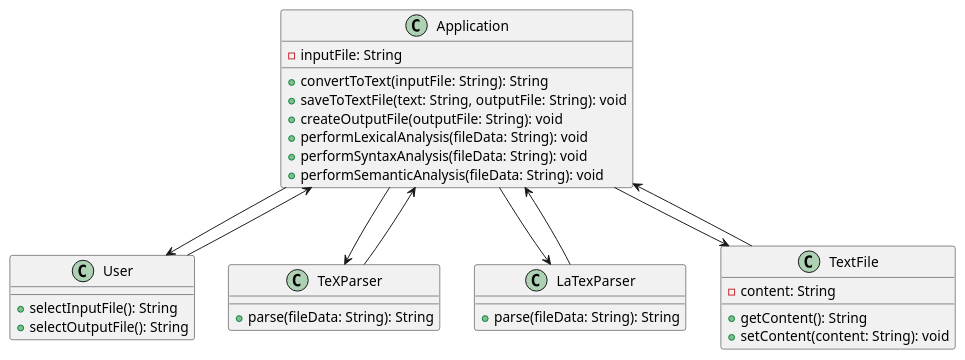
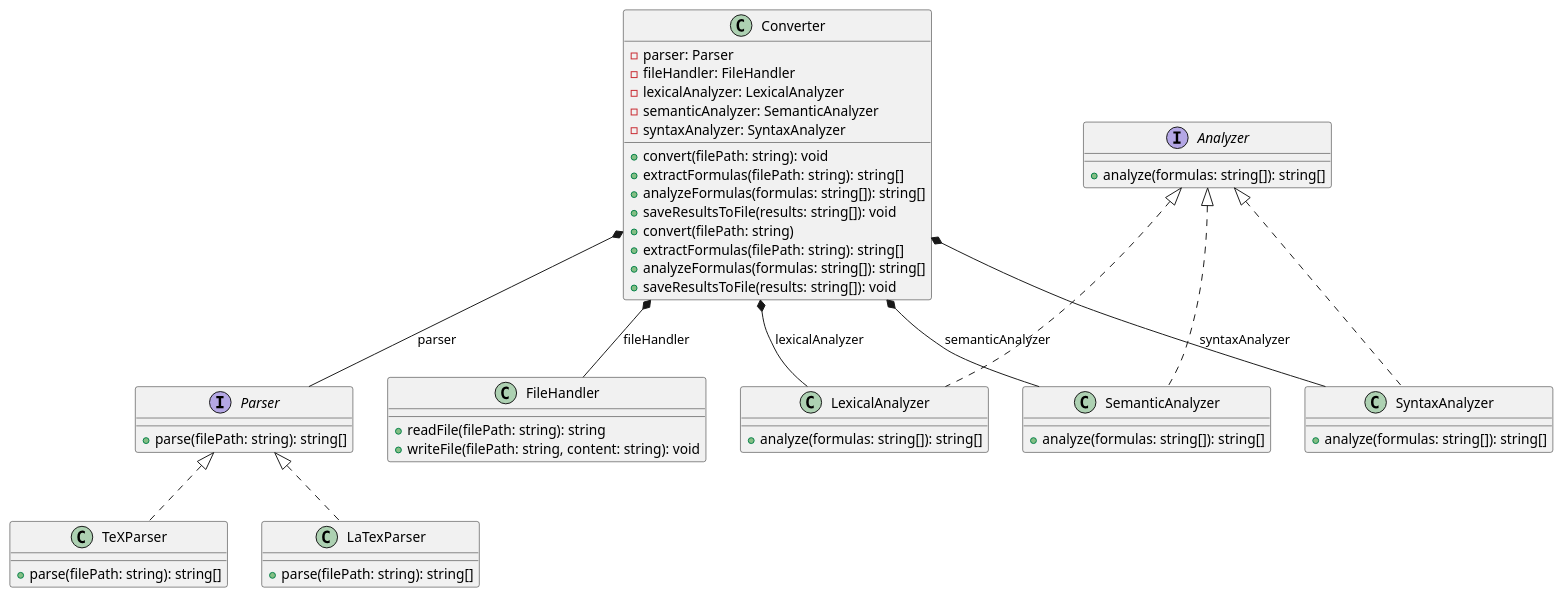
Before and after one commit to Aleksei-web-bit/Aleksei_Fitisov_methodology: the diagram in Диаграммы/Диаграмма_классов.md, drawn with PlantUML.

Commit message:
Проект 28.12.2023

```diff
--- a/Диаграммы/Диаграмма_классов.md
+++ b/Диаграммы/Диаграмма_классов.md
@@ -1,34 +1,65 @@
 @startuml
-class Application {
--inputFile: String
-+convertToText(inputFile: String): String
-+saveToTextFile(text: String, outputFile: String): void
-+createOutputFile(outputFile: String): void
-+performLexicalAnalysis(fileData: String): void
-+performSyntaxAnalysis(fileData: String): void
-+performSemanticAnalysis(fileData: String): void
+interface Parser {
+    + parse(filePath: string): string[]
 }
-class User {
-+selectInputFile(): String
-+selectOutputFile(): String
+
+interface Analyzer {
+    + analyze(formulas: string[]): string[]
 }
+
 class TeXParser {
-+parse(fileData: String): String
+    + parse(filePath: string): string[]
 }
+
 class LaTexParser {
-+parse(fileData: String): String
+    + parse(filePath: string): string[]
 }
-class TextFile {
--content: String
-+getContent(): String
-+setContent(content: String): void
+
+class FileHandler {
+    + readFile(filePath: string): string
+    + writeFile(filePath: string, content: string): void
 }
-Application --> User
-Application --> TeXParser
-Application --> LaTexParser
-Application --> TextFile
-User --> Application
-TeXParser --> Application
-LaTexParser --> Application
-TextFile --> Application
+
+class LexicalAnalyzer {
+    + analyze(formulas: string[]): string[]
+}
+
+class SemanticAnalyzer {
+    + analyze(formulas: string[]): string[]
+}
+
+class SyntaxAnalyzer {
+    + analyze(formulas: string[]): string[]
+}
+
+class Converter {
+    - parser: Parser
+    - fileHandler: FileHandler
+    - lexicalAnalyzer: LexicalAnalyzer
+    - semanticAnalyzer: SemanticAnalyzer
+    - syntaxAnalyzer: SyntaxAnalyzer
+    + convert(filePath: string): void
+    + extractFormulas(filePath: string): string[]
+    + analyzeFormulas(formulas: string[]): string[]
+    + saveResultsToFile(results: string[]): void
+}
+
+Parser <|.. TeXParser
+Parser <|.. LaTexParser
+
+Analyzer <|.. LexicalAnalyzer
+Analyzer <|.. SemanticAnalyzer
+Analyzer <|.. SyntaxAnalyzer
+
+Converter *-- Parser : parser
+Converter *-- FileHandler : fileHandler
+Converter *-- LexicalAnalyzer : lexicalAnalyzer
+Converter *-- SemanticAnalyzer : semanticAnalyzer
+Converter *-- SyntaxAnalyzer : syntaxAnalyzer
+
+Converter : +convert(filePath: string)
+Converter : +extractFormulas(filePath: string): string[]
+Converter : +analyzeFormulas(formulas: string[]): string[]
+Converter : +saveResultsToFile(results: string[]): void
+
 @enduml
```
